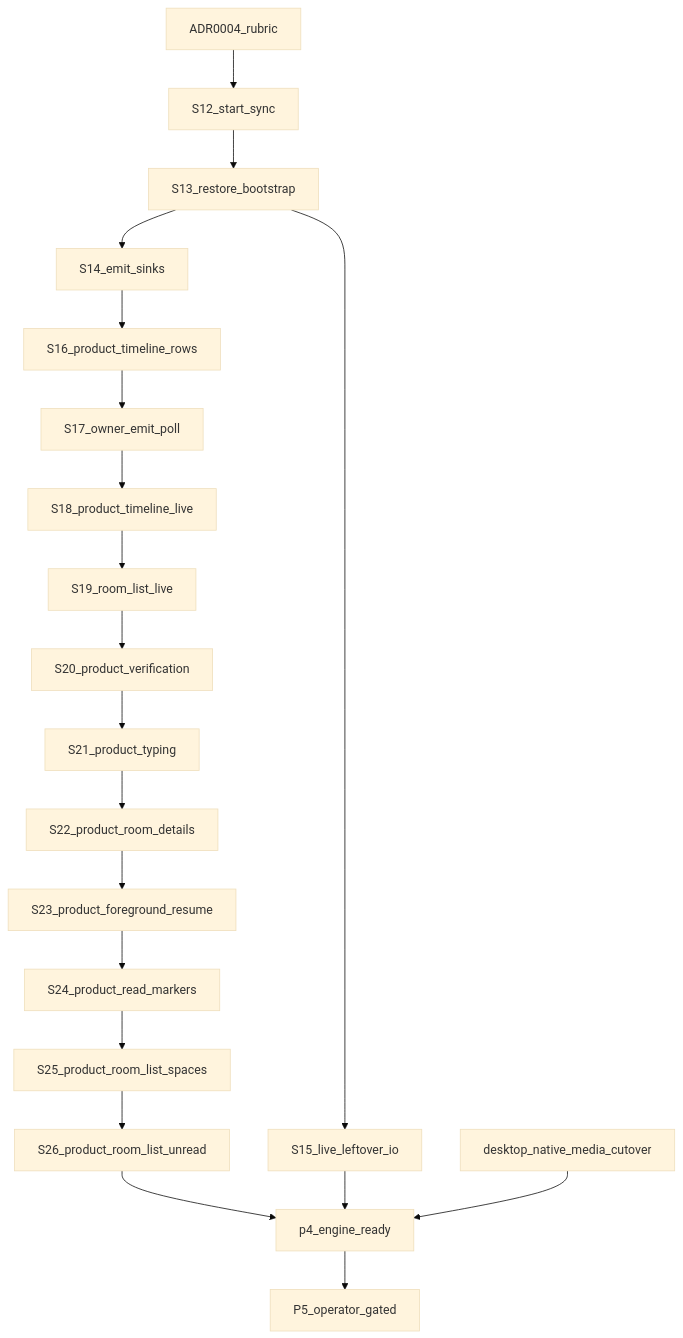
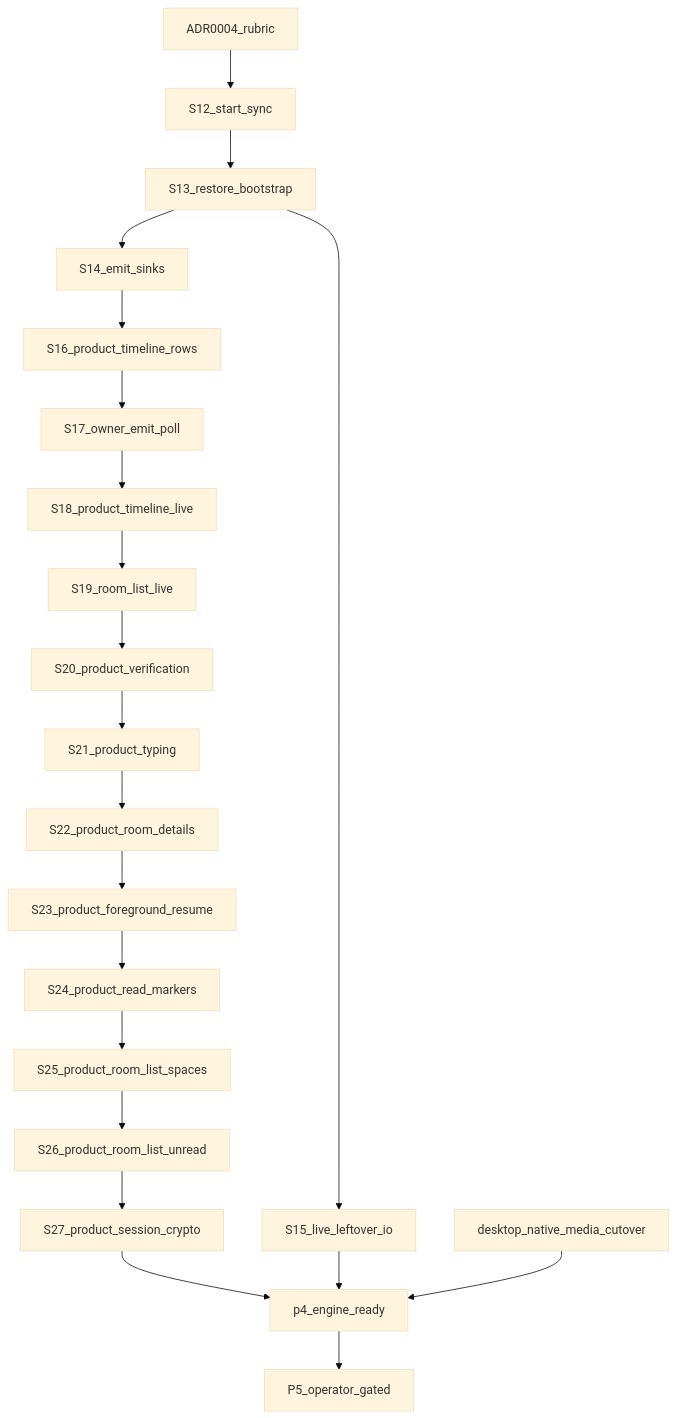
Before and after one commit to nepenth/synara-desktop: the diagram in docs/shared-native-core/13-language-boundary-goal-graph.md, drawn with Mermaid (base theme). The commit also changed other lines of this file and 5 other files, not shown here.

First line of the commit message:
feat(ios): map SharedCore leftover session crypto status (P4-S27)

````diff
--- a/docs/shared-native-core/13-language-boundary-goal-graph.md
+++ b/docs/shared-native-core/13-language-boundary-goal-graph.md
@@ -46,42 +46,44 @@
 ```mermaid
 flowchart TD
   adr0004[ADR0004_rubric]
   s12[S12_start_sync]
   s13[S13_restore_bootstrap]
   s14[S14_emit_sinks]
   s15[S15_live_leftover_io]
   s16[S16_product_timeline_rows]
   s17[S17_owner_emit_poll]
   s18[S18_product_timeline_live]
   s19[S19_room_list_live]
   s20[S20_product_verification]
   s21[S21_product_typing]
   s22[S22_product_room_details]
   s23[S23_product_foreground_resume]
   s24[S24_product_read_markers]
   s25[S25_product_room_list_spaces]
   s26[S26_product_room_list_unread]
+  s27[S27_product_session_crypto]
   media[desktop_native_media_cutover]
   done[p4_engine_ready]
   p5[P5_operator_gated]
 
   adr0004 --> s12
   s12 --> s13
   s13 --> s14
   s13 --> s15
   s14 --> s16
   s16 --> s17
   s17 --> s18
   s18 --> s19
   s19 --> s20
   s20 --> s21
   s21 --> s22
   s22 --> s23
   s23 --> s24
   s24 --> s25
   s25 --> s26
-  s26 --> done
+  s26 --> s27
+  s27 --> done
   s15 --> done
   media --> done
   done --> p5
 ```
````
